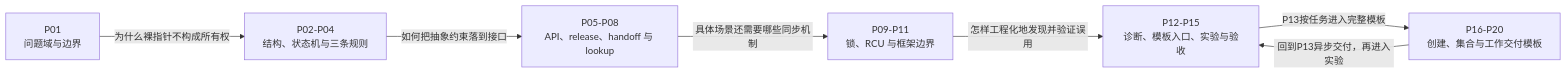
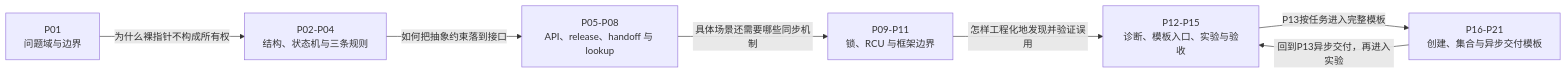
The diagram in knowledge/linux/object_lifetime/kref/大纲.md (FormingSystem/linux_note), drawn with Mermaid before and after one commit. The commit also changed other lines of this file and 19 other files, not shown here.

````diff
--- a/knowledge/linux/object_lifetime/kref/大纲.md
+++ b/knowledge/linux/object_lifetime/kref/大纲.md
@@ -21,16 +21,16 @@
 ```mermaid
 flowchart LR
     A["P01<br/>问题域与边界"]
     B["P02-P04<br/>结构、状态机与三条规则"]
     C["P05-P08<br/>API、release、handoff 与 lookup"]
     D["P09-P11<br/>锁、RCU 与框架边界"]
     E["P12-P15<br/>诊断、模板入口、实验与验收"]
-    T["P16-P20<br/>创建、集合与工作交付模板"]
+    T["P16-P21<br/>创建、集合与异步交付模板"]
 
     A -->|"为什么裸指针不构成所有权"| B
     B -->|"如何把抽象约束落到接口"| C
     C -->|"具体场景还需要哪些同步机制"| D
     D -->|"怎样工程化地发现并验证误用"| E
     E -->|"P13按任务进入完整模板"| T
     T -->|"回到P13异步交付，再进入实验"| E
 ```
````
